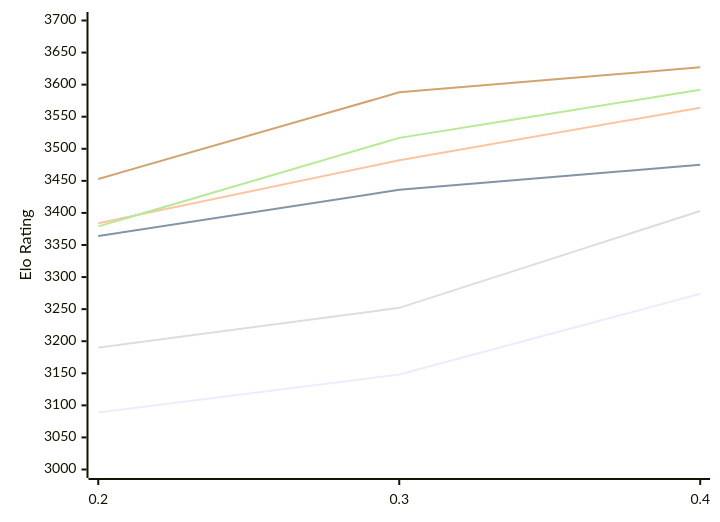
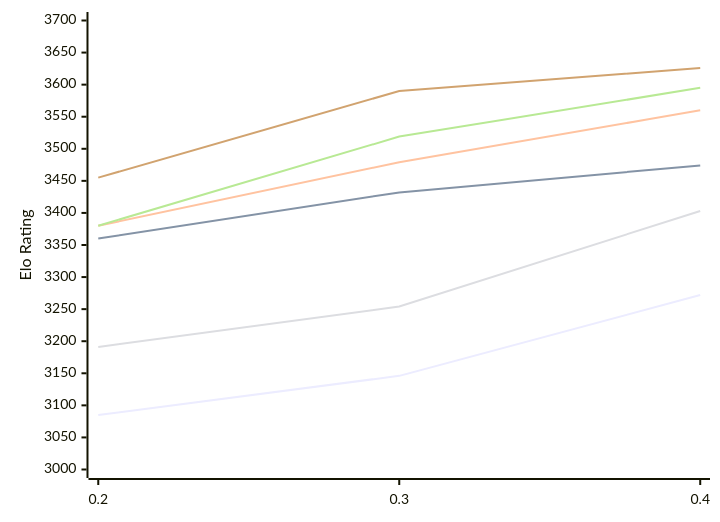
One commit to computer-chess-index/cci changed the diagram in engines/StockDory.md. Above: the diagram before and after it, drawn with Mermaid. The commit also changed other lines of this file, not shown here.

Commit message:
Update CCI Ratings (ELO VLTC) - 2026-11-09

````diff
--- a/engines/StockDory.md
+++ b/engines/StockDory.md
@@ -51,12 +51,12 @@
 ```mermaid
 %%{init: {"theme":"base","themeVariables":{"seriesColors:['#a3a3a3','#222221','#faa371']}}}%%
 xychart-beta
   x-axis ["0.2", "0.3", "0.4"]
   y-axis "Elo Rating" 3000 --> 3700
-  line "E1: STC (8.0+0.08s)" [3089, 3148, 3274]
-  line "E1: LTC (60.0+0.60s)" [3364, 3436, 3475]
-  line "E1: VLTC (2m24s+1.12s)" [3384, 3482, 3564]
-  line "P1: STC (8.0+0.08s)" [3190, 3252, 3403]
-  line "P1: LTC (60.0+0.60s)" [3379, 3517, 3592]
-  line "P1: VLTC (2m24s+1.12s)" [3453, 3588, 3627]
+  line "E1: STC (8.0+0.08s)" [3085, 3146, 3272]
+  line "E1: LTC (60.0+0.60s)" [3360, 3432, 3474]
+  line "E1: VLTC (2m24s+1.12s)" [3380, 3479, 3560]
+  line "P1: STC (8.0+0.08s)" [3191, 3254, 3403]
+  line "P1: LTC (60.0+0.60s)" [3380, 3519, 3595]
+  line "P1: VLTC (2m24s+1.12s)" [3455, 3590, 3626]
 ```
````
